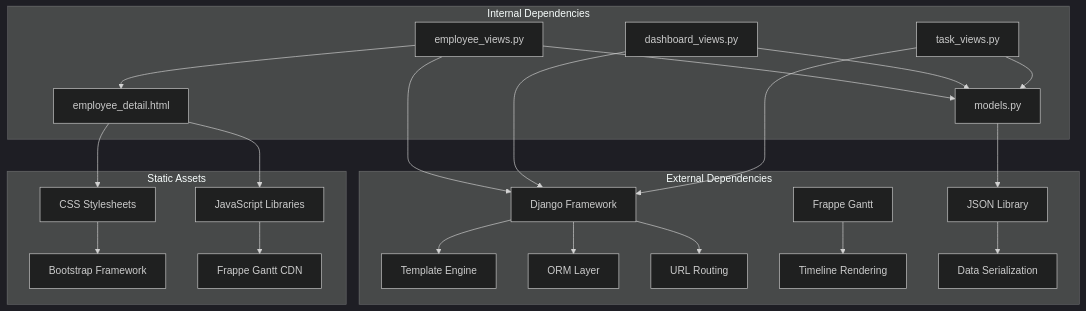
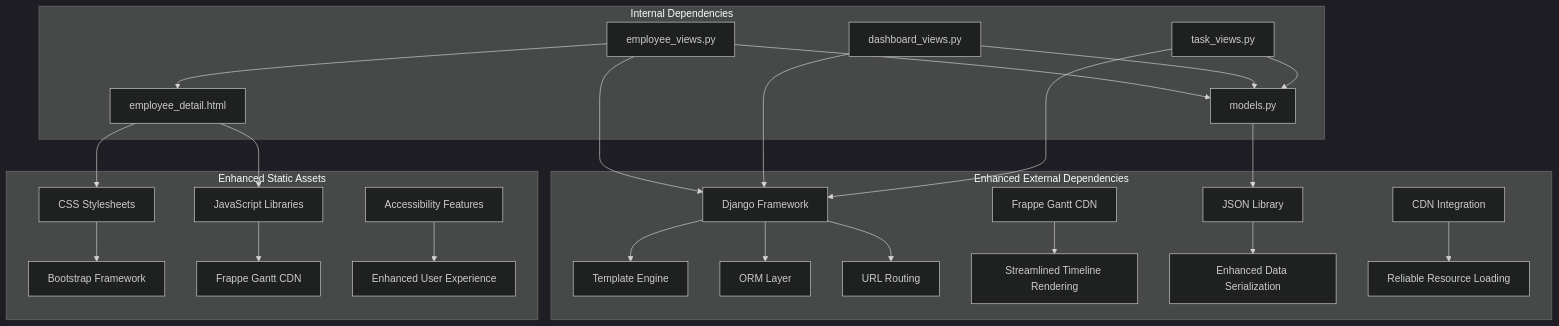
One commit to Pavel9474/task_manager changed the ninth of 9 diagrams in .qoder/repowiki/en/content/User Interface and Templates/Gantt Chart Visualization System.md. Above: the diagram before and after it, drawn with Mermaid (dark theme). The commit also changed other lines of this file and 11 other files, not shown here.

Commit message:
bars are added gantt correct, popup windows works

````diff
--- a/.qoder/repowiki/en/content/User Interface and Templates/Gantt Chart Visualization System.md
+++ b/.qoder/repowiki/en/content/User Interface and Templates/Gantt Chart Visualization System.md
@@ -381,26 +404,28 @@
 ```mermaid
 graph TB
 subgraph "Internal Dependencies"
 A[employee_views.py] --> B[models.py]
 A --> C[employee_detail.html]
 D[dashboard_views.py] --> B
 E[task_views.py] --> B
 end
-subgraph "External Dependencies"
+subgraph "Enhanced External Dependencies"
 F[Django Framework] --> G[Template Engine]
 F --> H[ORM Layer]
 F --> I[URL Routing]
-J[Frappe Gantt] --> K[Timeline Rendering]
-L[JSON Library] --> M[Data Serialization]
+J[Frappe Gantt CDN] --> K[Streamlined Timeline Rendering]
+L[JSON Library] --> M[Enhanced Data Serialization]
+N[CDN Integration] --> O[Reliable Resource Loading]
 end
-subgraph "Static Assets"
-N[CSS Stylesheets] --> O[Bootstrap Framework]
-P[JavaScript Libraries] --> Q[Frappe Gantt CDN]
+subgraph "Enhanced Static Assets"
+P[CSS Stylesheets] --> Q[Bootstrap Framework]
+R[JavaScript Libraries] --> S[Frappe Gantt CDN]
+T[Accessibility Features] --> U[Enhanced User Experience]
 end
 A --> F
 D --> F
 E --> F
-C --> N
 C --> P
+C --> R
 B --> L
 ```
````
